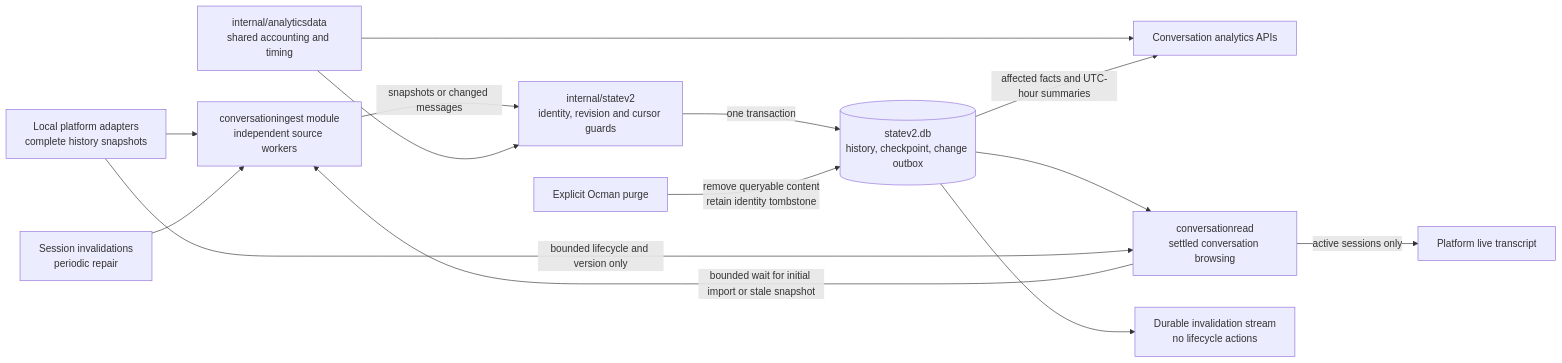
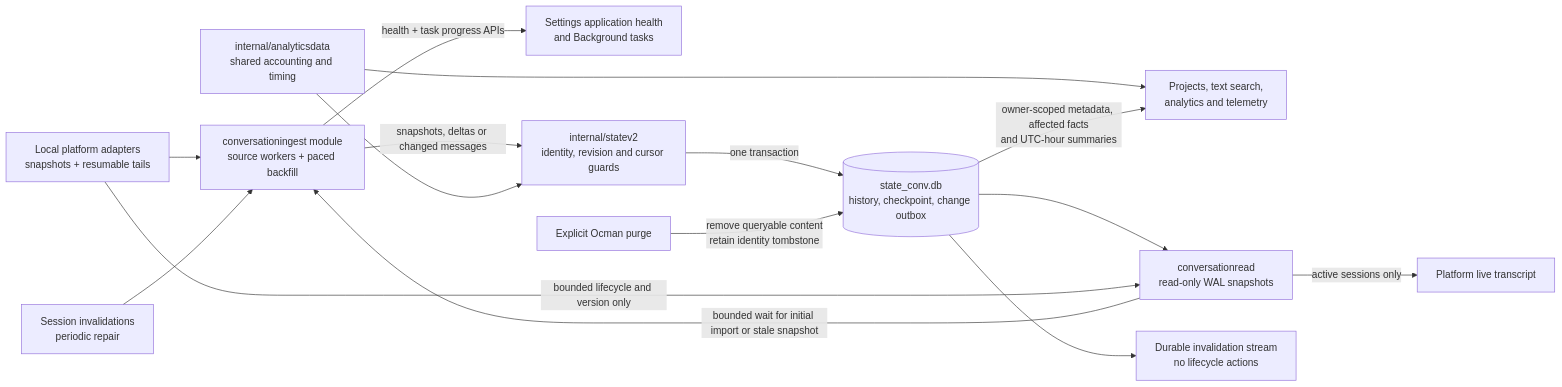
The third of 13 diagrams in docs/other/architecture.md (ocman/ocman), drawn with Mermaid before and after one commit. The commit also changed other lines of this file and 750 other files, not shown here.

````diff
--- a/docs/other/architecture.md
+++ b/docs/other/architecture.md
@@ -253,17 +240,18 @@
 ```mermaid
 flowchart LR
-    Import[conversationingest module<br/>independent source workers]
-    Adapters[Local platform adapters<br/>complete history snapshots] --> Import
+    Import[conversationingest module<br/>source workers + paced backfill]
+    Adapters[Local platform adapters<br/>snapshots + resumable tails] --> Import
     Events[Session invalidations<br/>periodic repair] --> Import
-    Import -->|snapshots or changed messages| Commit[internal/statev2<br/>identity, revision and cursor guards]
+    Import -->|health + task progress APIs| UI[Settings application health<br/>and Background tasks]
+    Import -->|snapshots, deltas or changed messages| Commit[internal/statev2<br/>identity, revision and cursor guards]
     Rules[internal/analyticsdata<br/>shared accounting and timing] --> Commit
     Rules --> Analytics
-    Commit -->|one transaction| History[(statev2.db<br/>history, checkpoint, change outbox)]
-    History --> Reader[conversationread<br/>settled conversation browsing]
+    Commit -->|one transaction| History[(state_conv.db<br/>history, checkpoint, change outbox)]
+    History --> Reader[conversationread<br/>read-only WAL snapshots]
     Adapters -->|bounded lifecycle and version only| Reader
     Reader -->|bounded wait for initial import or stale snapshot| Import
     Reader -->|active sessions only| Live[Platform live transcript]
-    History -->|affected facts and UTC-hour summaries| Analytics[Conversation analytics APIs]
+    History -->|owner-scoped metadata, affected facts<br/>and UTC-hour summaries| Analytics[Projects, text search,<br/>analytics and telemetry]
     History --> Changes[Durable invalidation stream<br/>no lifecycle actions]
     Purge[Explicit Ocman purge] -->|remove queryable content<br/>retain identity tombstone| History
 ```
````
